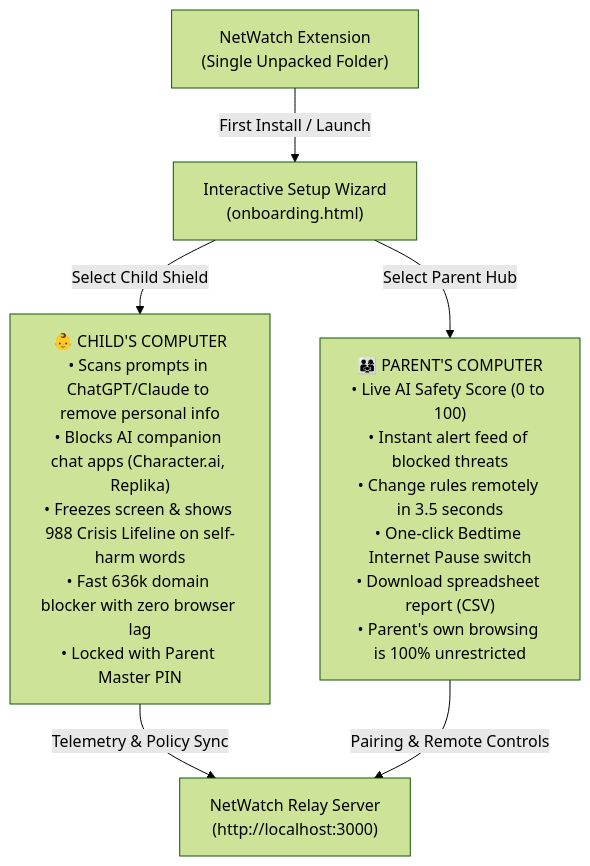
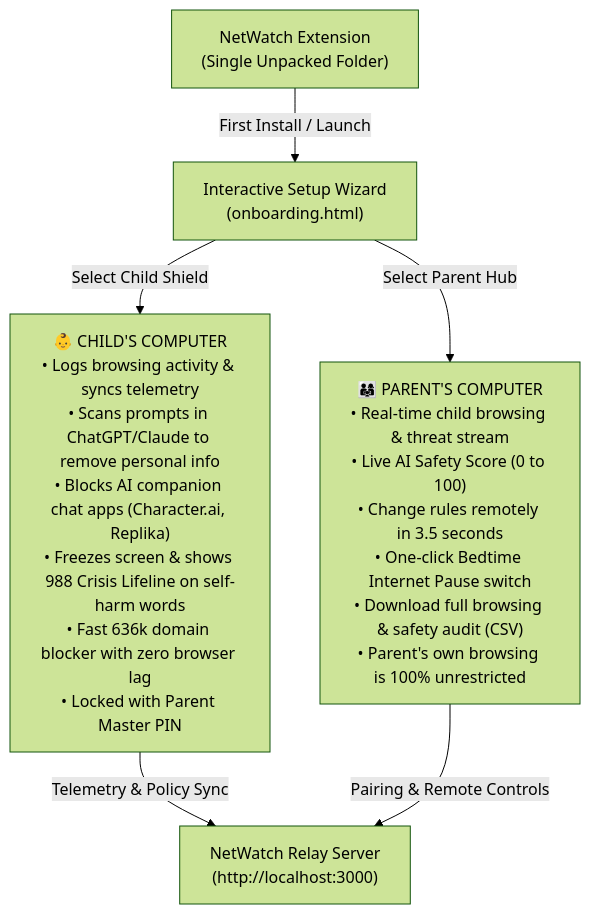
The diagram in README.md (rohityin/NetWatch), drawn with Mermaid (forest theme) before and after one commit. The commit also changed other lines of this file and 8 other files, not shown here.

Commit message:
feat(ai-shield): harden ChatGPT prompt interception, expand PII detection, and add demo testbed

````diff
--- a/README.md
+++ b/README.md
@@ -15,12 +15,12 @@
 ```mermaid
 flowchart TD
     EXT["NetWatch Extension<br/>(Single Unpacked Folder)"]
     ONBOARD["Interactive Setup Wizard<br/>(onboarding.html)"]
     EXT -->|First Install / Launch| ONBOARD
 
-    ONBOARD -->|Select Child Shield| ROLE_CHILD["👶 CHILD'S COMPUTER<br/>• Scans prompts in ChatGPT/Claude to remove personal info<br/>• Blocks AI companion chat apps (Character.ai, Replika)<br/>• Freezes screen & shows 988 Crisis Lifeline on self-harm words<br/>• Fast 636k domain blocker with zero browser lag<br/>• Locked with Parent Master PIN"]
-    ONBOARD -->|Select Parent Hub| ROLE_PARENT["👨‍👩‍👧 PARENT'S COMPUTER<br/>• Live AI Safety Score (0 to 100)<br/>• Instant alert feed of blocked threats<br/>• Change rules remotely in 3.5 seconds<br/>• One-click Bedtime Internet Pause switch<br/>• Download spreadsheet report (CSV)<br/>• Parent's own browsing is 100% unrestricted"]
+    ONBOARD -->|Select Child Shield| ROLE_CHILD["👶 CHILD'S COMPUTER<br/>• Logs browsing activity & syncs telemetry<br/>• Scans prompts in ChatGPT/Claude to remove personal info<br/>• Blocks AI companion chat apps (Character.ai, Replika)<br/>• Freezes screen & shows 988 Crisis Lifeline on self-harm words<br/>• Fast 636k domain blocker with zero browser lag<br/>• Locked with Parent Master PIN"]
+    ONBOARD -->|Select Parent Hub| ROLE_PARENT["👨‍👩‍👧 PARENT'S COMPUTER<br/>• Real-time child browsing & threat stream<br/>• Live AI Safety Score (0 to 100)<br/>• Change rules remotely in 3.5 seconds<br/>• One-click Bedtime Internet Pause switch<br/>• Download full browsing & safety audit (CSV)<br/>• Parent's own browsing is 100% unrestricted"]
 
     ROLE_CHILD -->|Telemetry & Policy Sync| RELAY["NetWatch Relay Server<br/>(http://localhost:3000)"]
     ROLE_PARENT -->|Pairing & Remote Controls| RELAY
 ```
````
